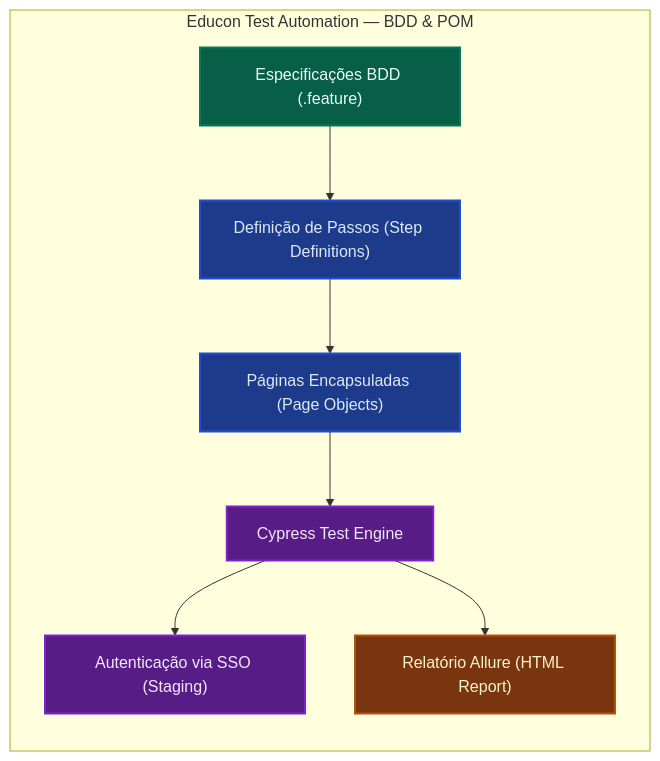
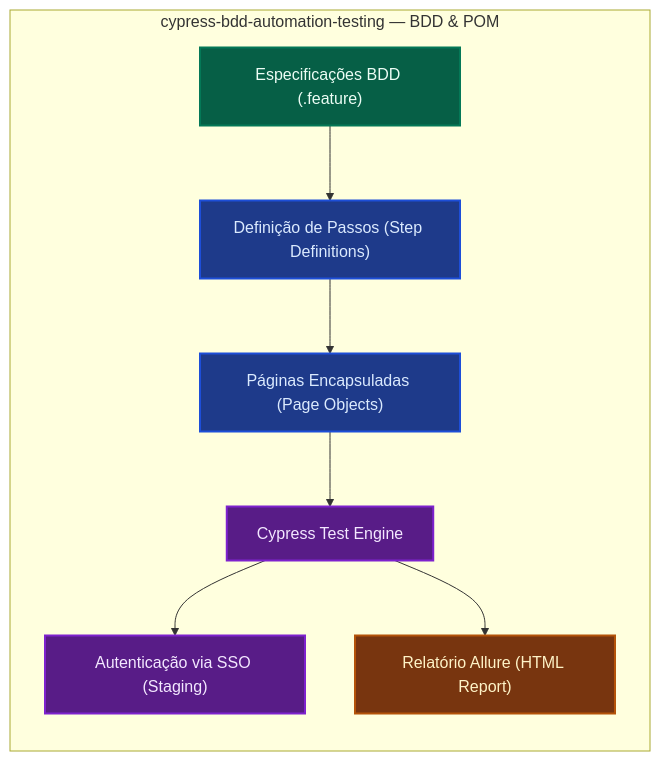
One commit to vinnyrodriguesmartins-code/Fullstack-qa-engineering-portfolio changed the second of 2 diagrams in README.md. Above: the diagram before and after it, drawn with Mermaid. The commit also changed other lines of this file and 35 other files, not shown here.

Commit message:
rename: change cypress folder to cypress-bdd-automation-testing for a more professional portfolio look

````diff
--- a/README.md
+++ b/README.md
@@ -66,21 +67,21 @@
 ```mermaid
 graph LR
     classDef default fill:#1f2937,stroke:#374151,stroke-width:1px,color:#f3f4f6;
     classDef bdd fill:#065f46,stroke:#047857,stroke-width:2px,color:#ecfdf5;
     classDef code fill:#1e3a8a,stroke:#1d4ed8,stroke-width:2px,color:#dbeafe;
     classDef engine fill:#581c87,stroke:#7e22ce,stroke-width:2px,color:#f3e8ff;
     classDef output fill:#78350f,stroke:#b45309,stroke-width:2px,color:#fef3c7;
 
-    subgraph "Educon Test Automation — BDD & POM"
+    subgraph "cypress-bdd-automation-testing — BDD & POM"
         Feature["Especificações BDD (.feature)"] --> Steps["Definição de Passos (Step Definitions)"]
         Steps --> Pages["Páginas Encapsuladas (Page Objects)"]
         Pages --> Cypress["Cypress Test Engine"]
         Cypress --> SSO["Autenticação via SSO (Staging)"]
         Cypress --> Report["Relatório Allure (HTML Report)"]
     end
 
     class Feature bdd;
     class Steps,Pages code;
     class Cypress,SSO engine;
     class Report output;
 ```
````
